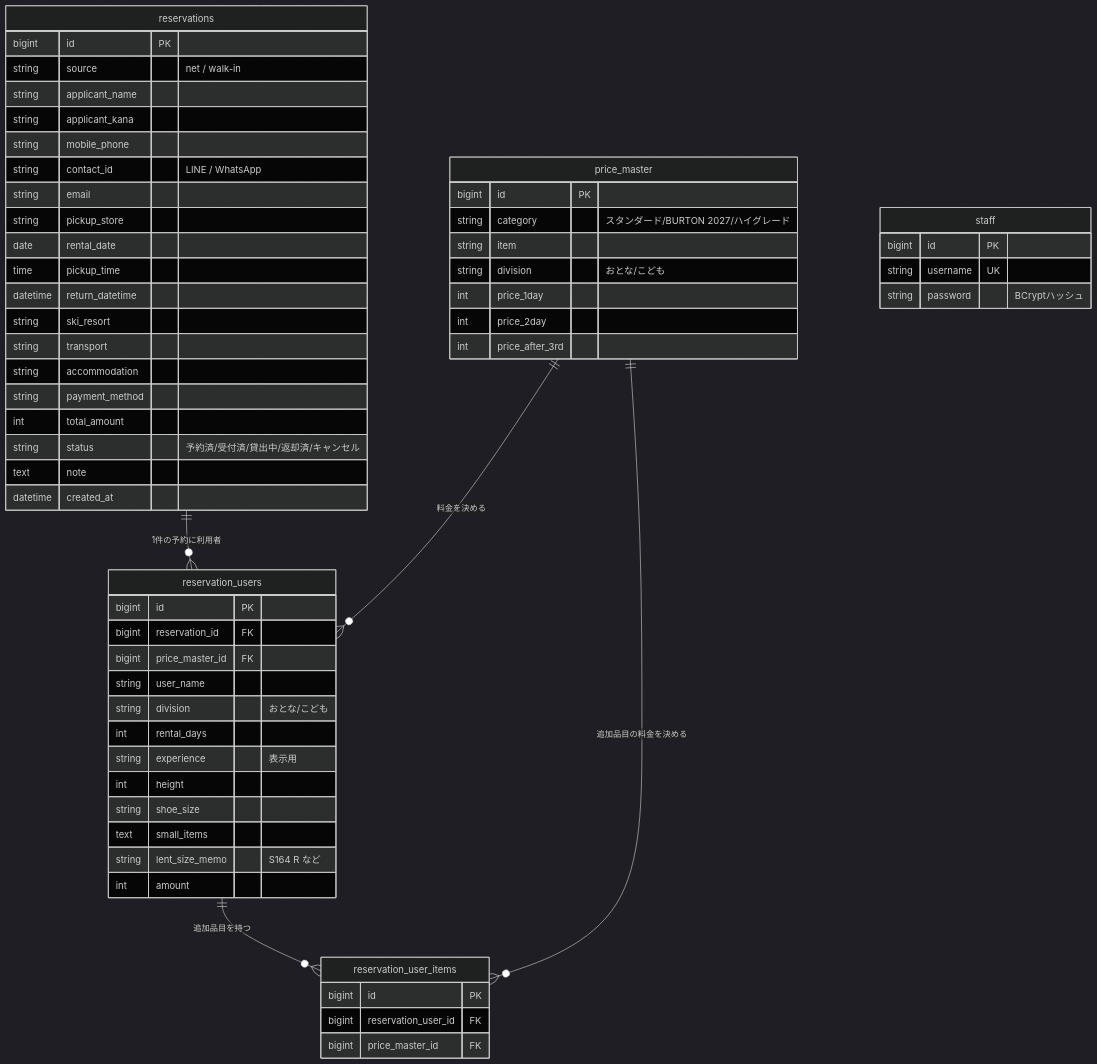
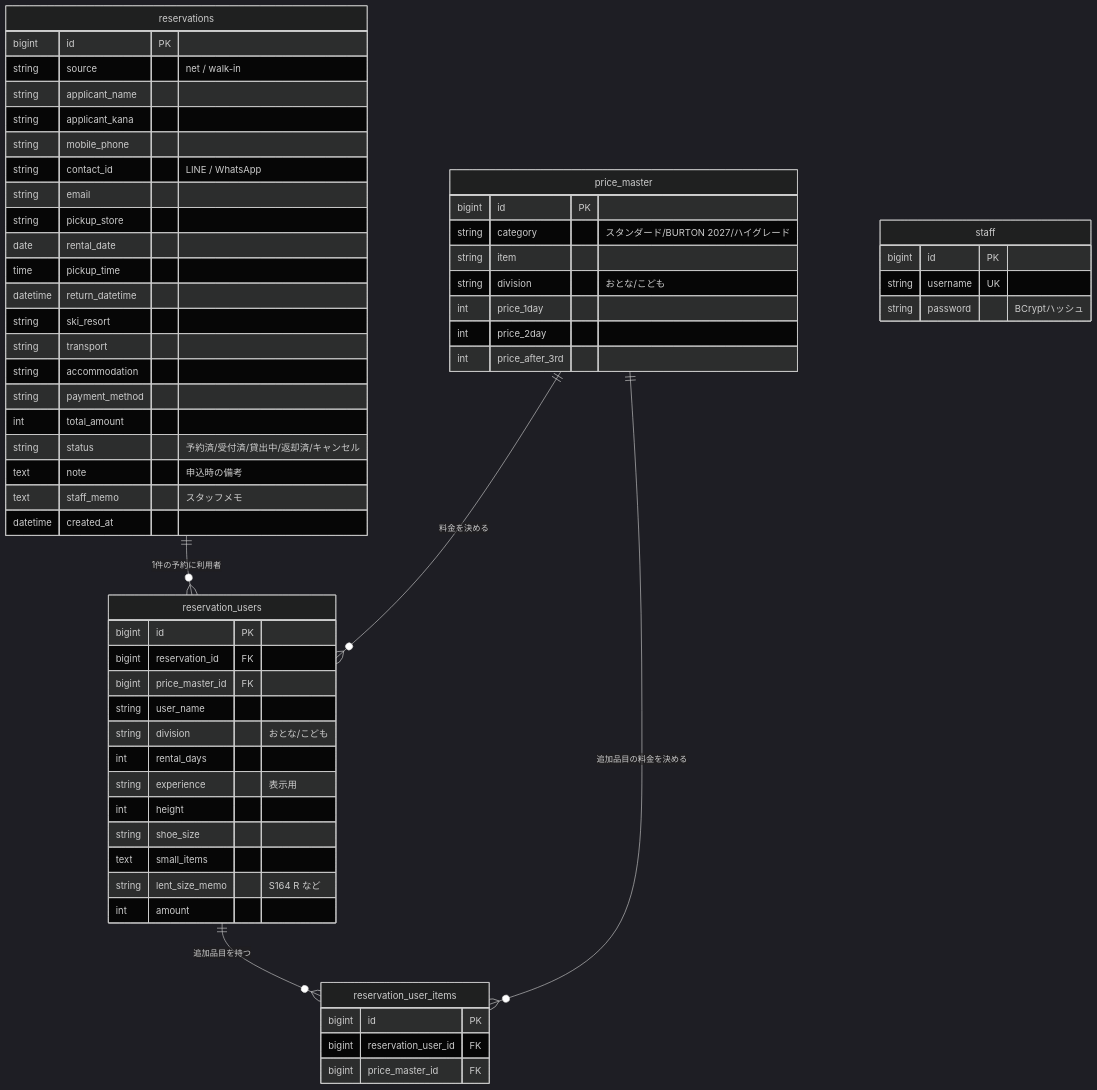
One commit to nasu-tomomi/rental-desk changed the diagram in docs/02-er-diagram.md. Above: the diagram before and after it, drawn with Mermaid (dark theme). The commit also changed other lines of this file and 10 other files, not shown here.

````diff
--- a/docs/02-er-diagram.md
+++ b/docs/02-er-diagram.md
@@ -81,62 +82,63 @@
 ```mermaid
 erDiagram
     reservations ||--o{ reservation_users : "1件の予約に利用者"
     price_master ||--o{ reservation_users : "料金を決める"
     reservation_users ||--o{ reservation_user_items : "追加品目を持つ"
     price_master ||--o{ reservation_user_items : "追加品目の料金を決める"
 
     reservations {
         bigint id PK
         string source "net / walk-in"
         string applicant_name
         string applicant_kana
         string mobile_phone
         string contact_id "LINE / WhatsApp"
         string email
         string pickup_store
         date rental_date
         time pickup_time
         datetime return_datetime
         string ski_resort
         string transport
         string accommodation
         string payment_method
         int total_amount
         string status "予約済/受付済/貸出中/返却済/キャンセル"
-        text note
+        text note "申込時の備考"
+        text staff_memo "スタッフメモ"
         datetime created_at
     }
     reservation_users {
         bigint id PK
         bigint reservation_id FK
         bigint price_master_id FK
         string user_name
         string division "おとな/こども"
         int rental_days
         string experience "表示用"
         int height
         string shoe_size
         text small_items
         string lent_size_memo "S164 R など"
         int amount
     }
     reservation_user_items {
         bigint id PK
         bigint reservation_user_id FK
         bigint price_master_id FK
     }
     staff {
         bigint id PK
         string username UK
         string password "BCryptハッシュ"
     }
     price_master {
         bigint id PK
         string category "スタンダード/BURTON 2027/ハイグレード"
         string item
         string division "おとな/こども"
         int price_1day
         int price_2day
         int price_after_3rd
     }
 ```
````
